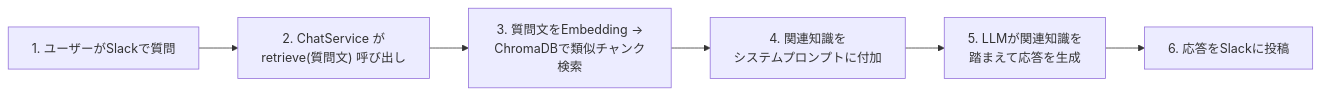
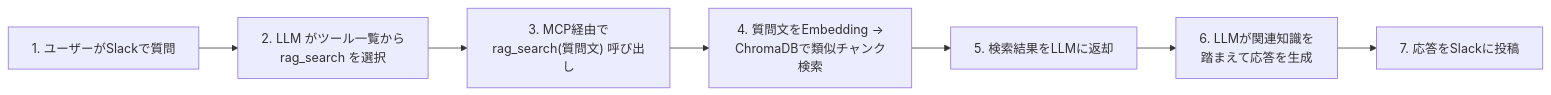
One commit to becky3/learning-companion changed the second of 3 diagrams in docs/specs/f9-rag.md. Above: the diagram before and after it, drawn with Mermaid. The commit also changed other lines of this file, not shown here.

First line of the commit message:
docs(f9): f9-rag.md を MCP 前提に仕様書更新 (#563)

````diff
--- a/docs/specs/f9-rag.md
+++ b/docs/specs/f9-rag.md
@@ -59,8 +63,9 @@
 ```mermaid
 flowchart LR
-    A["1. ユーザーがSlackで質問"] --> B["2. ChatService が<br/>retrieve(質問文) 呼び出し"]
-    B --> C["3. 質問文をEmbedding →<br/>ChromaDBで類似チャンク検索"]
-    C --> D["4. 関連知識を<br/>システムプロンプトに付加"]
-    D --> E["5. LLMが関連知識を<br/>踏まえて応答を生成"]
-    E --> F["6. 応答をSlackに投稿"]
+    A["1. ユーザーがSlackで質問"] --> B["2. LLM がツール一覧から<br/>rag_search を選択"]
+    B --> C["3. MCP経由で<br/>rag_search(質問文) 呼び出し"]
+    C --> D["4. 質問文をEmbedding →<br/>ChromaDBで類似チャンク検索"]
+    D --> E["5. 検索結果をLLMに返却"]
+    E --> F["6. LLMが関連知識を<br/>踏まえて応答を生成"]
+    F --> G["7. 応答をSlackに投稿"]
 ```
````
